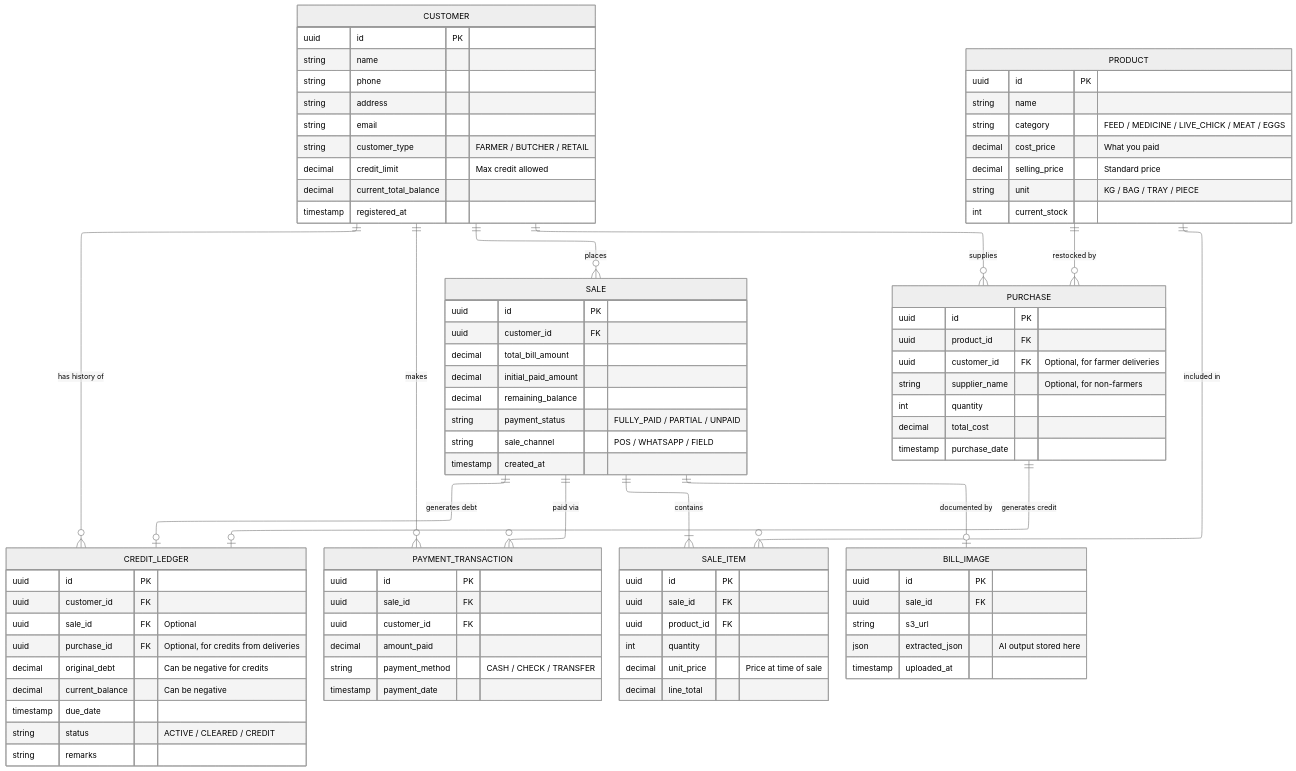
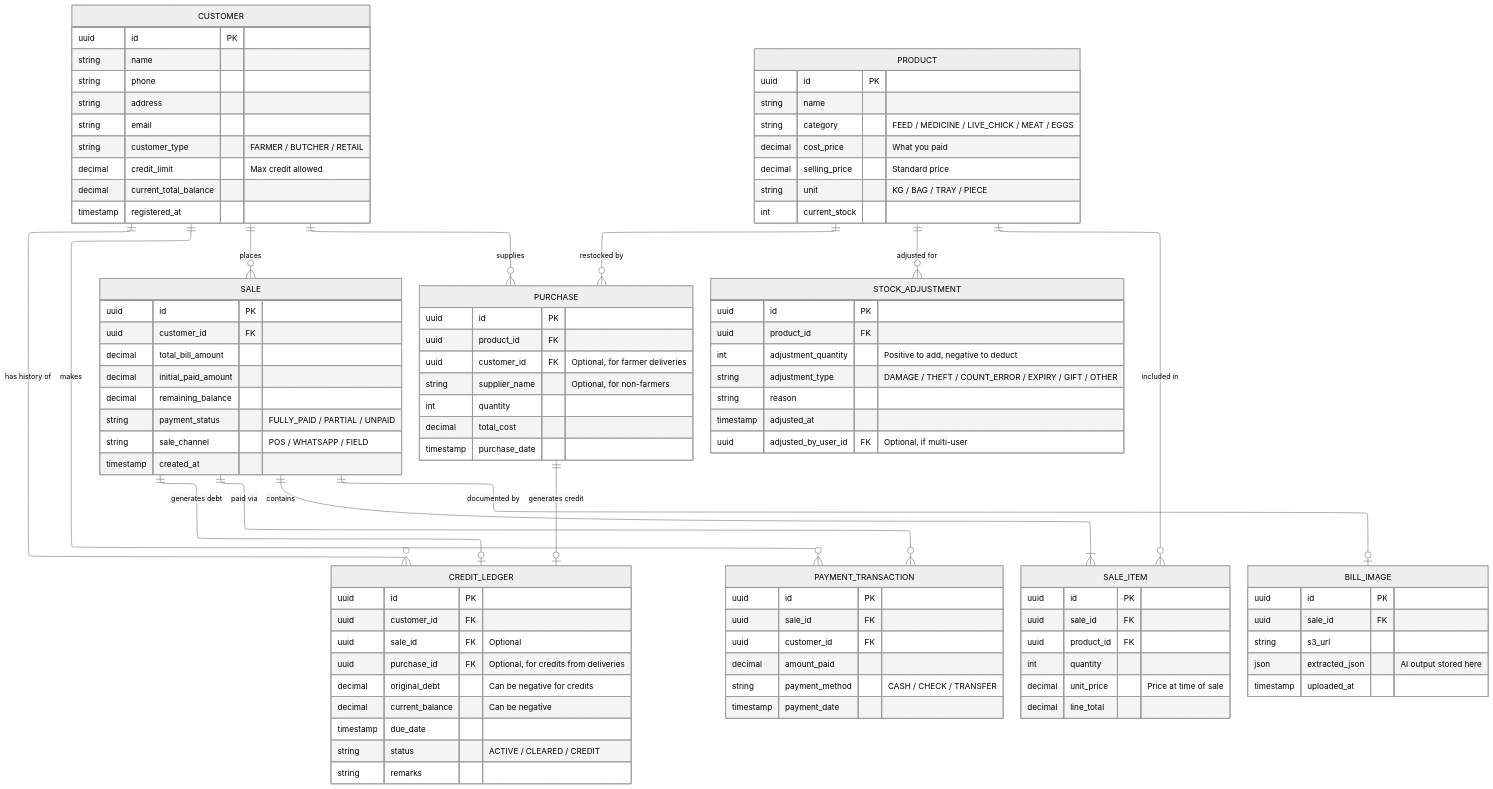
The first of 3 diagrams in README.md (nandalalsun/SmartFarm-AI), drawn with Mermaid (neutral theme) before and after one commit. The commit also changed 9 other files, not shown here.

Commit message:
feat: Implement stock adjustment functionality with a new frontend modal and backend API.

````diff
--- a/README.md
+++ b/README.md
@@ -36,6 +36,7 @@
 
     PRODUCT ||--o{ SALE_ITEM : "included in"
     PRODUCT ||--o{ PURCHASE : "restocked by"
+    PRODUCT ||--o{ STOCK_ADJUSTMENT : "adjusted for"
 
     SALE ||--|{ SALE_ITEM : "contains"
     SALE ||--o{ PAYMENT_TRANSACTION : "paid via"
@@ -55,7 +56,6 @@
         decimal current_total_balance
         timestamp registered_at
     }
-
     PRODUCT {
         uuid id PK
         string name
@@ -65,7 +65,6 @@
         string unit "KG / BAG / TRAY / PIECE"
         int current_stock
     }
-
     SALE {
         uuid id PK
         uuid customer_id FK
@@ -76,7 +75,6 @@
         string sale_channel "POS / WHATSAPP / FIELD"
         timestamp created_at
     }
-
     SALE_ITEM {
         uuid id PK
         uuid sale_id FK
@@ -85,7 +83,6 @@
         decimal unit_price "Price at time of sale"
         decimal line_total
     }
-
     PAYMENT_TRANSACTION {
         uuid id PK
         uuid sale_id FK
@@ -94,7 +91,6 @@
         string payment_method "CASH / CHECK / TRANSFER"
         timestamp payment_date
     }
-
     CREDIT_LEDGER {
         uuid id PK
         uuid customer_id FK
@@ -106,7 +102,6 @@
         string status "ACTIVE / CLEARED / CREDIT"
         string remarks
     }
-
     PURCHASE {
         uuid id PK
         uuid product_id FK
@@ -116,7 +111,6 @@
         decimal total_cost
         timestamp purchase_date
     }
-
     BILL_IMAGE {
         uuid id PK
         uuid sale_id FK
@@ -124,4 +118,13 @@
         json extracted_json "AI output stored here"
         timestamp uploaded_at
     }
+    STOCK_ADJUSTMENT {
+        uuid id PK
+        uuid product_id FK
+        int adjustment_quantity "Positive to add, negative to deduct"
+        string adjustment_type "DAMAGE / THEFT / COUNT_ERROR / EXPIRY / GIFT / OTHER"
+        string reason
+        timestamp adjusted_at
+        uuid adjusted_by_user_id FK "Optional, if multi-user"
+    }
 ```
````
